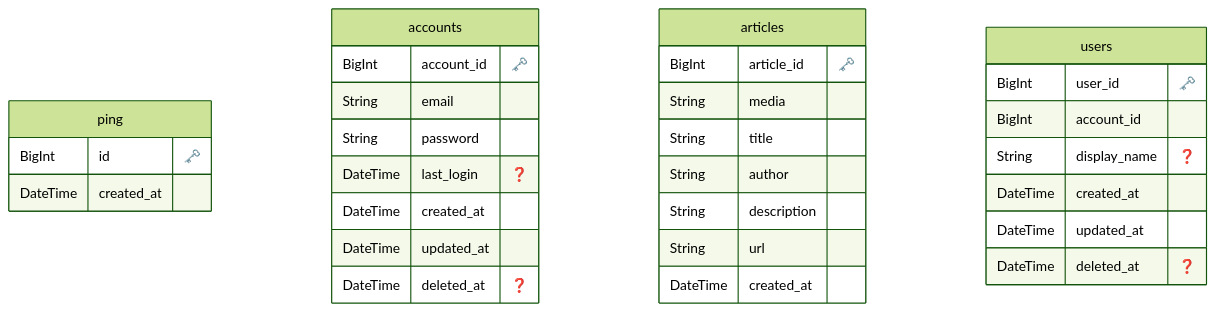
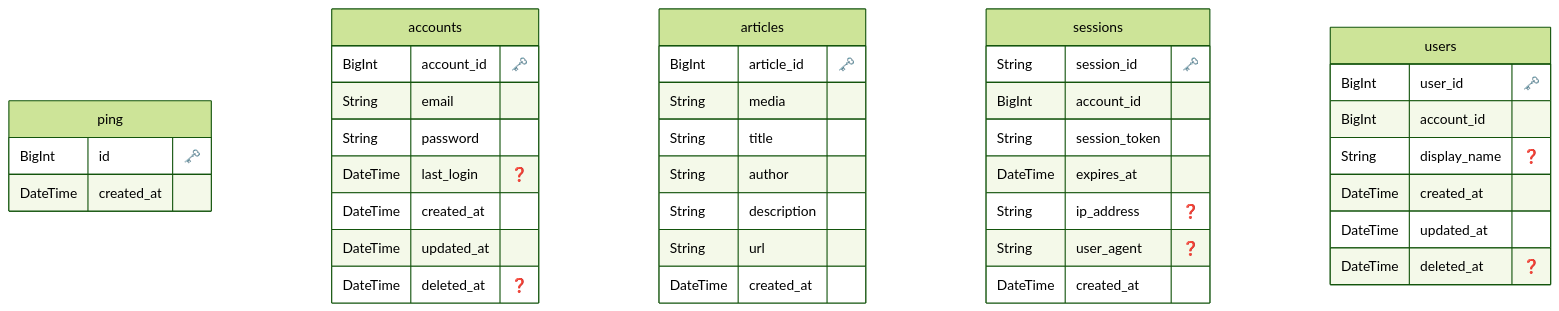
One commit to Geek-Teck-Mentors/trend_diary changed the diagram in prisma/ERD.md. Above: the diagram before and after it, drawn with Mermaid (forest theme). The commit also changed 2 other files, not shown here.

Commit message:
feat: セッションモデルとマイグレーション

````diff
--- a/prisma/ERD.md
+++ b/prisma/ERD.md
@@ -1,41 +1,52 @@
 ```mermaid
 erDiagram
 
   "ping" {
     BigInt id "🗝️"
     DateTime created_at 
     }
   
 
   "accounts" {
     BigInt account_id "🗝️"
     String email 
     String password 
     DateTime last_login "❓"
     DateTime created_at 
     DateTime updated_at 
     DateTime deleted_at "❓"
     }
   
 
   "articles" {
     BigInt article_id "🗝️"
     String media 
     String title 
     String author 
     String description 
     String url 
     DateTime created_at 
     }
   
 
+  "sessions" {
+    String session_id "🗝️"
+    BigInt account_id 
+    String session_token 
+    DateTime expires_at 
+    String ip_address "❓"
+    String user_agent "❓"
+    DateTime created_at 
+    }
+  
+
   "users" {
     BigInt user_id "🗝️"
     BigInt account_id 
     String display_name "❓"
     DateTime created_at 
     DateTime updated_at 
     DateTime deleted_at "❓"
     }
   
 ```
````
